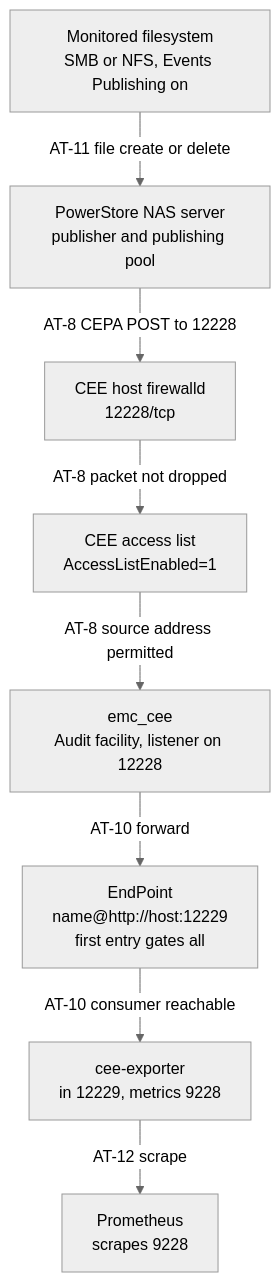
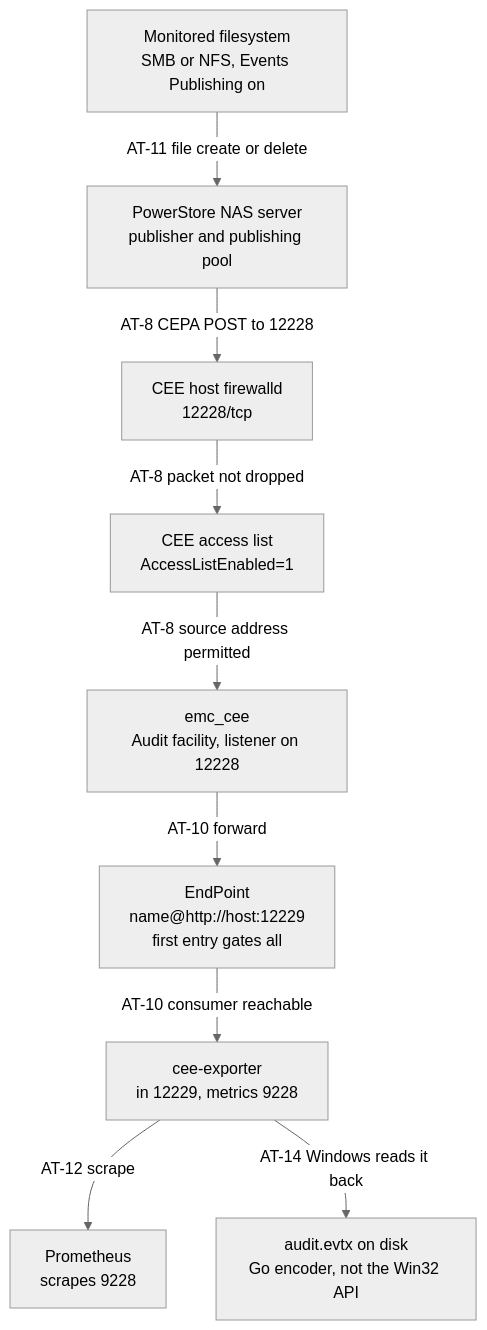
Before and after one commit to fjacquet/cee-worker: the diagram in docs/acceptance-tests.md, drawn with Mermaid (neutral theme). The commit also changed other lines of this file and 1 other file, not shown here.

````diff
--- a/docs/acceptance-tests.md
+++ b/docs/acceptance-tests.md
@@ -57,19 +61,21 @@
 ```mermaid
 flowchart TD
     FS["Monitored filesystem<br/>SMB or NFS, Events Publishing on"]
     NAS["PowerStore NAS server<br/>publisher and publishing pool"]
     FW["CEE host firewalld<br/>12228/tcp"]
     ACL["CEE access list<br/>AccessListEnabled=1"]
     CEE["emc_cee<br/>Audit facility, listener on 12228"]
     EP["EndPoint<br/>name@http://host:12229<br/>first entry gates all"]
     EXP["cee-exporter<br/>in 12229, metrics 9228"]
     PROM["Prometheus<br/>scrapes 9228"]
+    EVTX["audit.evtx on disk<br/>Go encoder, not the Win32 API"]
 
     FS -->|"AT-11 file create or delete"| NAS
     NAS -->|"AT-8 CEPA POST to 12228"| FW
     FW -->|"AT-8 packet not dropped"| ACL
     ACL -->|"AT-8 source address permitted"| CEE
     CEE -->|"AT-10 forward"| EP
     EP -->|"AT-10 consumer reachable"| EXP
     EXP -->|"AT-12 scrape"| PROM
+    EXP -->|"AT-14 Windows reads it back"| EVTX
 ```
````
